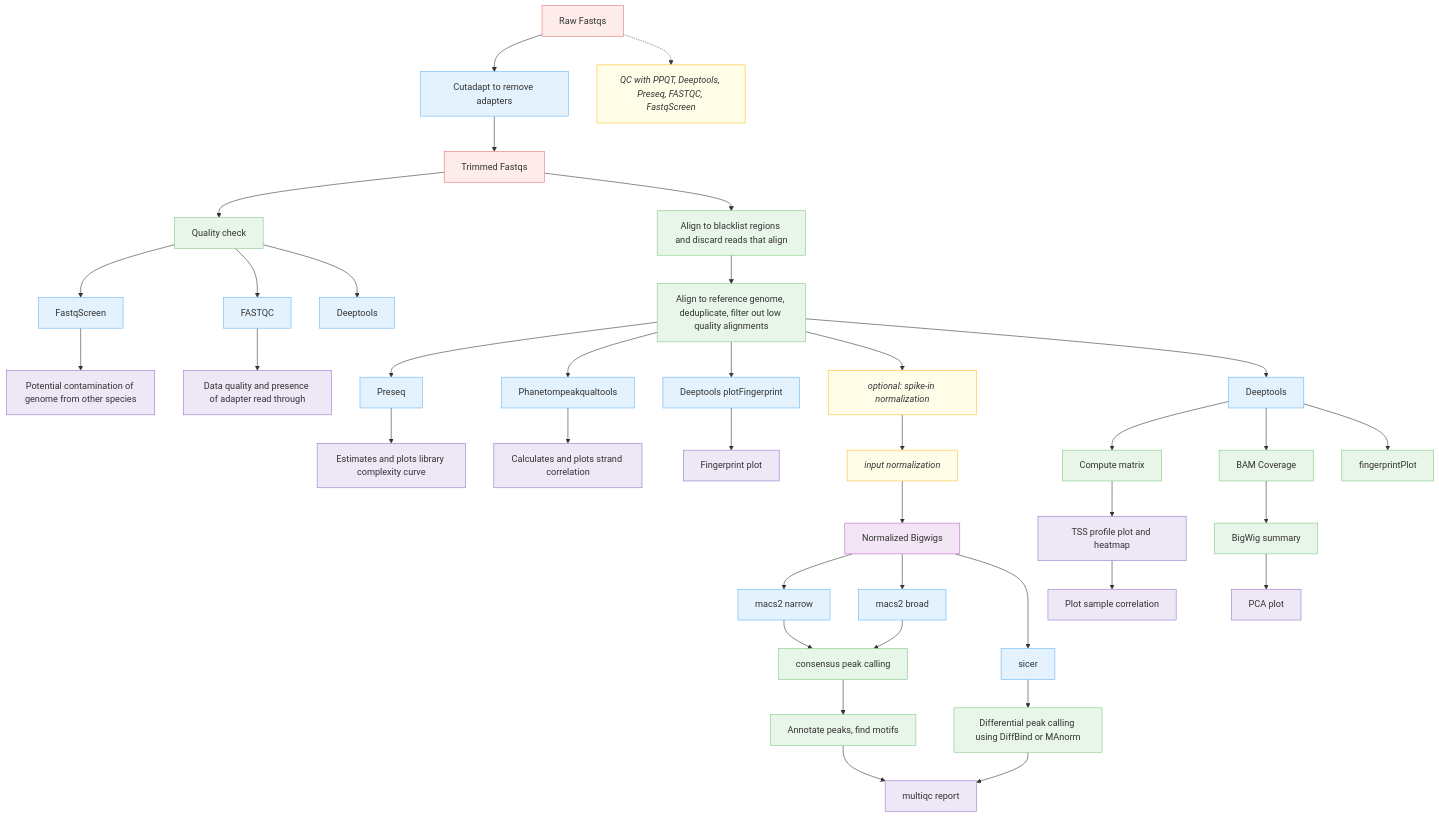
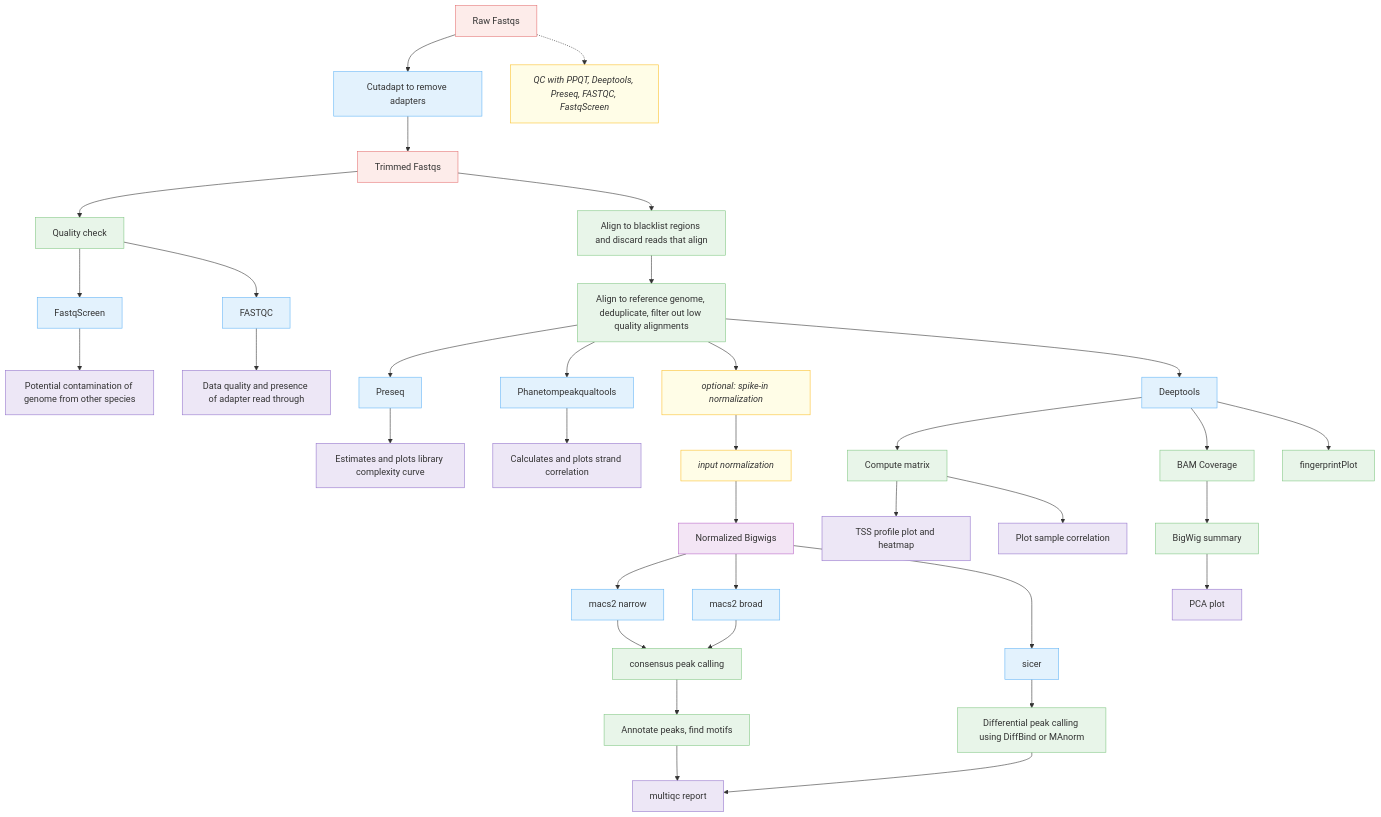
One commit to CCBR/CHAMPAGNE changed the first of 2 diagrams in docs/diagram/index.md. Above: the diagram before and after it, drawn with Mermaid.

Commit message:
Made changes to the Deeptools steps.

````diff
--- a/docs/diagram/index.md
+++ b/docs/diagram/index.md
@@ -3,76 +3,72 @@
 ```mermaid
 
 flowchart TB
 
   %% Input
   %%Raw["Raw Fastqs"]:::input -->|Adapter trimming| Trimmed["Trimmed Fastqs"]:::input
   Raw["Raw Fastqs"]:::input --> Cleanup["Cutadapt to remove adapters"]:::tool
   Cleanup --> Trimmed["Trimmed Fastqs"]:::input
   %%Adapter trimming --> Trimmed["Trimmed Fastqs"]:::input
   Raw -.-> QCnote["QC with PPQT, Deeptools, Preseq, FASTQC, FastqScreen"]:::note
   %%Trimmed --> Cutadapt["cutadapt"]:::process
   %%Cutadapt --> Trimmed
 
   %% Quality Control
   Trimmed --> QC["Quality check"]:::process
   QC --> FastqScreen["FastqScreen"]:::tool
   FastqScreen --> Contaminants["Potential contamination of genome from other species"]:::output
   QC --> FASTQC["FASTQC"]:::tool
   FASTQC --> QC_results["Data quality and presence of adapter read through"]:::output
   %%QC --> Phantom["Phantompeakqualtools"]:::tool
-  QC --> Deeptools["Deeptools"]:::tool
+  %%QC --> Deeptools["Deeptools"]:::tool
 
   %% Blacklist filtering
   Trimmed --> Blacklist["Align to blacklist regions and discard reads that align"]:::process
 
   %% Preseq and alignment
   %%Align["Align to reference genome, deduplicate, filter out low quality alignments"]:::process --> Preseq["Preseq"]:::tool
   Blacklist --> Align["Align to reference genome, deduplicate, filter out low quality alignments"]:::process
   Align --> Preseq["Preseq"]:::tool
   Preseq --> Cc["Estimates and plots library complexity curve"]:::output
 
   %% Phantompeakqualtools and alignment
   Align --> Ppqt["Phanetompeakqualtools"]:::tool
   Ppqt --> Scc["Calculates and plots strand correlation"]:::output
-
-  %% Fingerprint plot and alignment
-  Align --> plotFingerprint["Deeptools plotFingerprint"]:::tool
-  plotFingerprint --> Fingerprintplot["Fingerprint plot"]:::output  
 
   %% Spike-in normalization (optional)
   Align --> Spike["optional: spike-in normalization"]:::note
   Spike --> InputNorm["input normalization"]:::note
   InputNorm --> NormBigwigs["Normalized Bigwigs"]:::data
 
   %% Deeptools steps
   Align --> Deeptools2["Deeptools"]:::tool
   Deeptools2 --> Matrix["Compute matrix"]:::process
   Deeptools2 --> BAMcov["BAM Coverage"]:::process
   Deeptools2 --> Fingerprint["fingerprintPlot"]:::process
 
   Matrix --> Heatmap["TSS profile plot and heatmap"]:::output
   BAMcov --> Bigwig["BigWig summary"]:::process
   Bigwig --> PCA["PCA plot"]:::output
-  Heatmap --> Correlation["Plot sample correlation"]:::output
+  Matrix --> Correlation["Plot sample correlation"]:::output
 
   %% Peak calling
   NormBigwigs --> MACS2narrow["macs2 narrow"]:::tool
   NormBigwigs --> MACS2broad["macs2 broad"]:::tool
   NormBigwigs --> SICER["sicer"]:::tool
 
   MACS2narrow --> Consensus["consensus peak calling"]:::process
   MACS2broad --> Consensus
   SICER --> Diffbind["Differential peak calling using DiffBind or MAnorm"]:::process
 
   Consensus --> Annotate["Annotate peaks, find motifs"]:::process
   Annotate --> MultiQC["multiqc report"]:::output
   Diffbind --> MultiQC
 
   %% Styles
   classDef input fill:#fdecea,stroke:#e57373,stroke-width:1px;
   classDef process fill:#e8f5e9,stroke:#81c784,stroke-width:1px;
   classDef tool fill:#e3f2fd,stroke:#64b5f6,stroke-width:1px;
   classDef note fill:#fffde7,stroke:#fbc02d,stroke-width:1px,font-style:italic;
   classDef output fill:#ede7f6,stroke:#9575cd,stroke-width:1px;
   classDef data fill:#f3e5f5,stroke:#ba68c8,stroke-width:1px;
 ```
````
